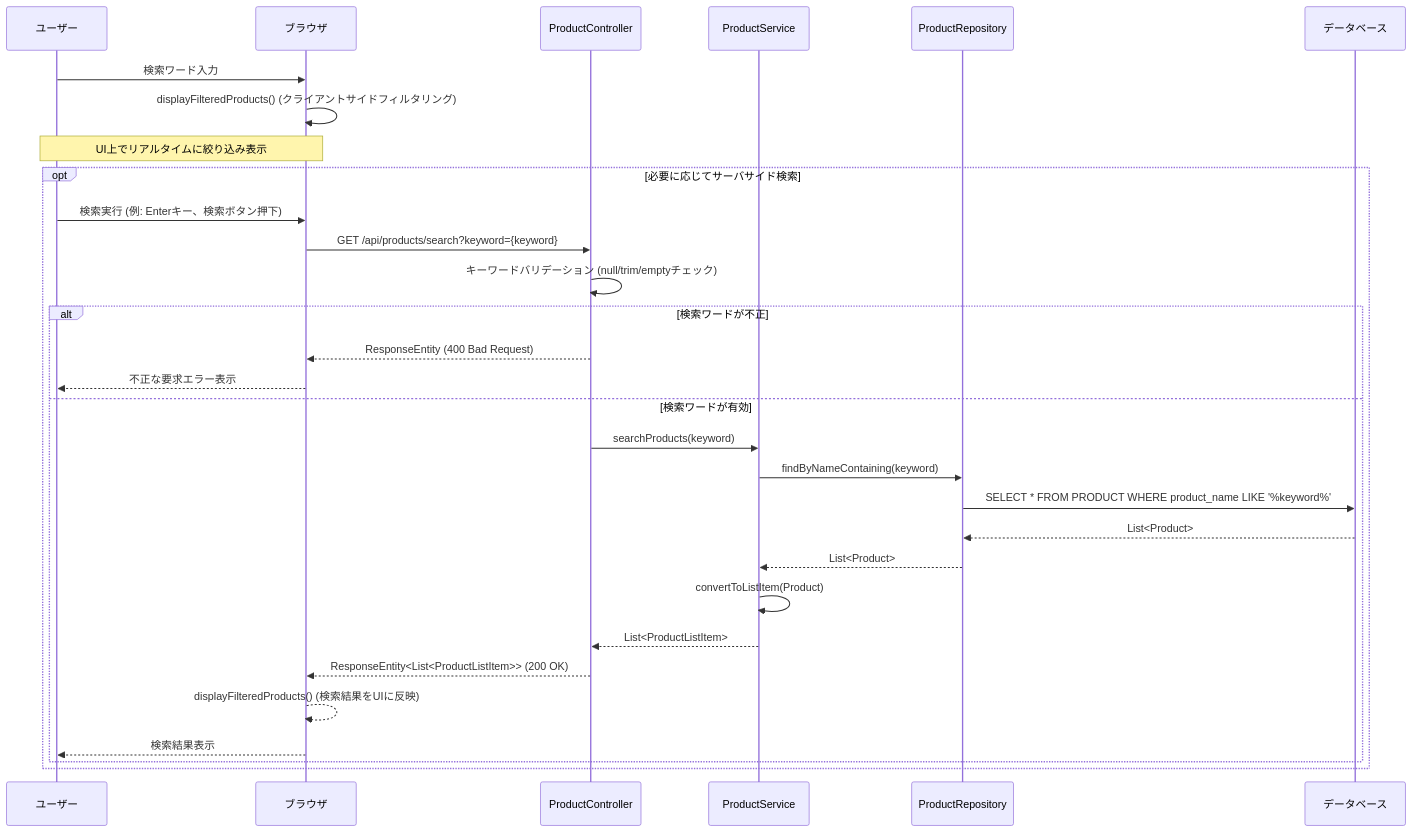
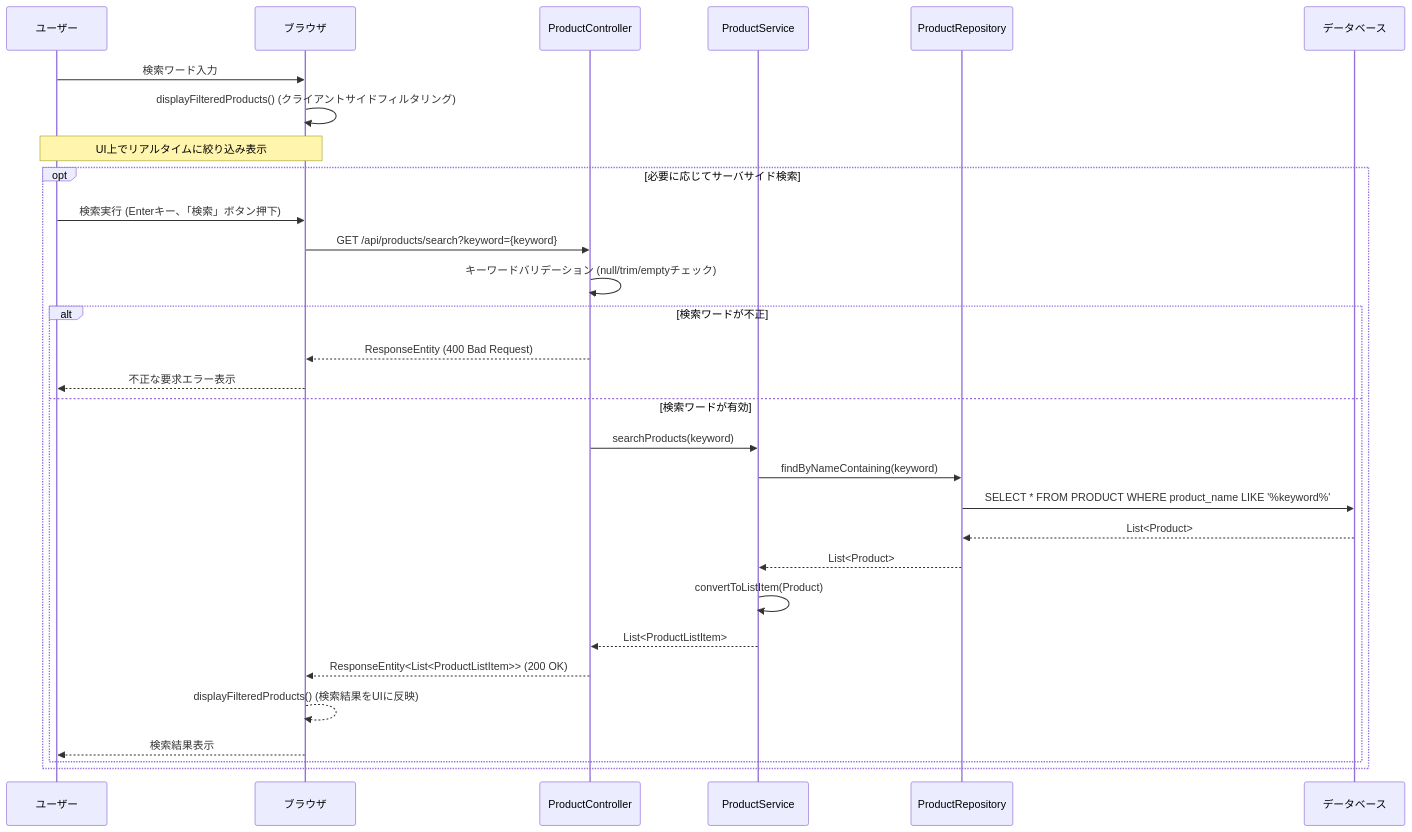
The fourth of 22 diagrams in 詳細設計/詳細設計書_v3.md (shogomaeda758/Bacon), drawn with Mermaid before and after one commit. The commit also changed other lines of this file, not shown here.

Commit message:
シーケンス図変更＿詳細設計書

````diff
--- a/詳細設計/詳細設計書_v3.md
+++ b/詳細設計/詳細設計書_v3.md
@@ -203,34 +203,34 @@
 ```mermaid
 sequenceDiagram
     participant U as ユーザー
     participant B as ブラウザ
     participant PC as ProductController
     participant PS as ProductService
     participant PR as ProductRepository
     participant DB as データベース
 
     U->>B: 検索ワード入力
     B->>B: displayFilteredProducts() (クライアントサイドフィルタリング)
     Note over B,U: UI上でリアルタイムに絞り込み表示
     
     opt 必要に応じてサーバサイド検索
-        U->>B: 検索実行 (例: Enterキー、検索ボタン押下)
+        U->>B: 検索実行 (Enterキー、「検索」ボタン押下)
         B->>PC: GET /api/products/search?keyword={keyword}
         PC->>PC: キーワードバリデーション (null/trim/emptyチェック)
         alt 検索ワードが不正
             PC-->>B: ResponseEntity (400 Bad Request)
             B-->>U: 不正な要求エラー表示
         else 検索ワードが有効
             PC->>PS: searchProducts(keyword)
             PS->>PR: findByNameContaining(keyword)
             PR->>DB: SELECT * FROM PRODUCT WHERE product_name LIKE '%keyword%'
             DB-->>PR: List<Product>
             PR-->>PS: List<Product>
             PS->>PS: convertToListItem(Product)
             PS-->>PC: List<ProductListItem>
             PC-->>B: ResponseEntity<List<ProductListItem>> (200 OK)
             B-->>B: displayFilteredProducts() (検索結果をUIに反映)
             B-->>U: 検索結果表示
         end
     end
 ```
````
